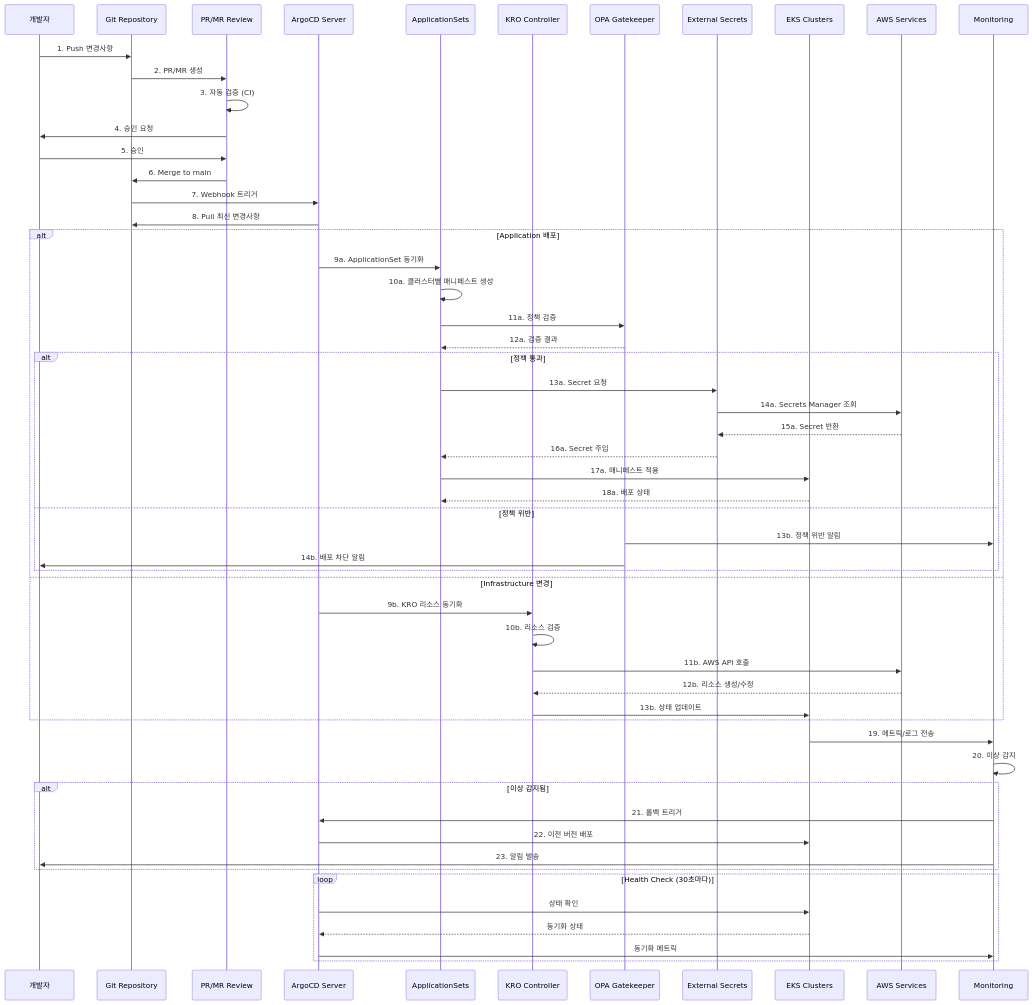
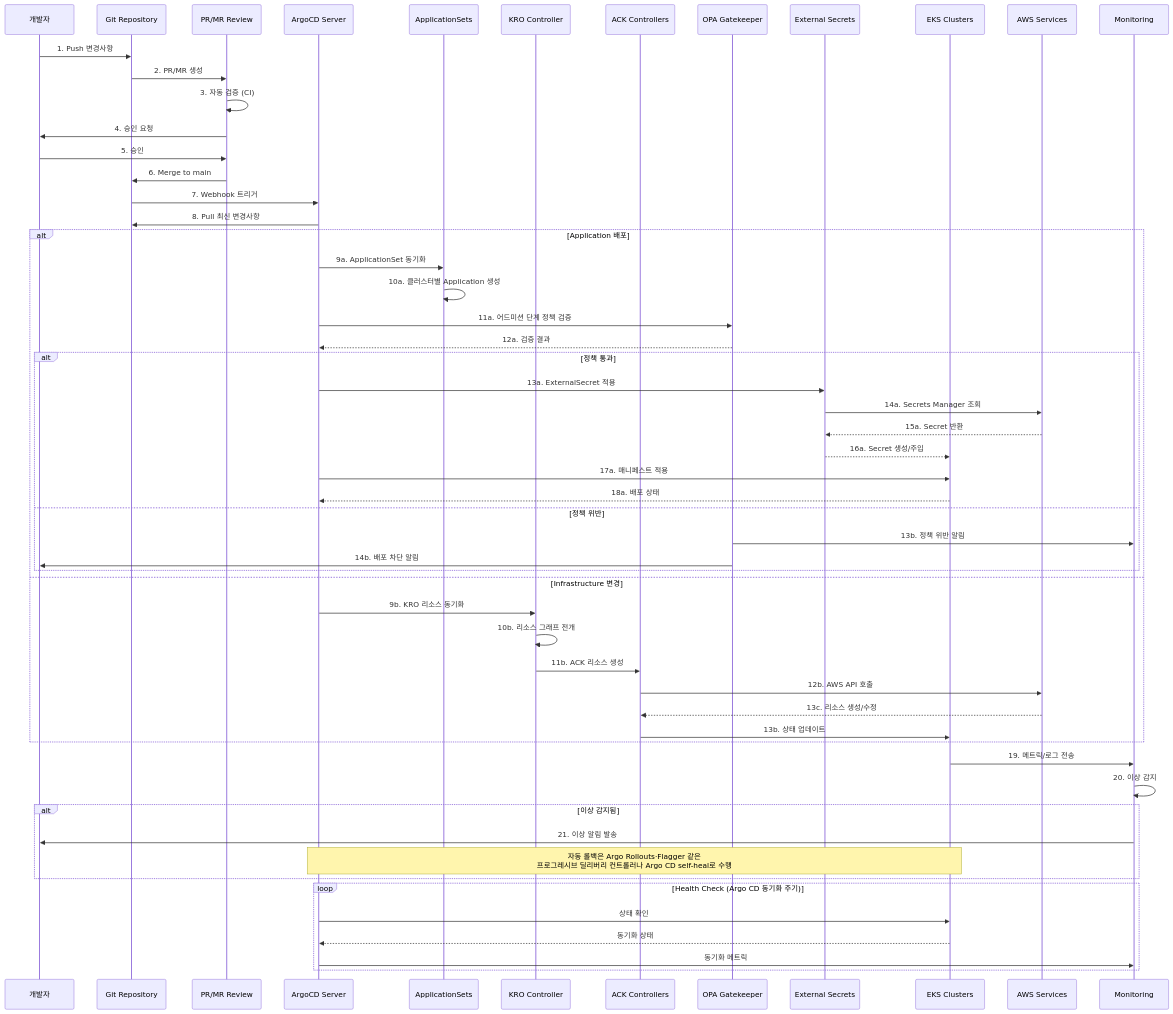
The diagram in i18n/ko/docusaurus-plugin-content-docs/current/eks-best-practices/operations-reliability/gitops-cluster-operation.md (devfloor9/engineering-playbook), drawn with Mermaid before and after one commit. The commit also changed other lines of this file and 6 other files, not shown here.

````diff
--- a/i18n/ko/docusaurus-plugin-content-docs/current/eks-best-practices/operations-reliability/gitops-cluster-operation.md
+++ b/i18n/ko/docusaurus-plugin-content-docs/current/eks-best-practices/operations-reliability/gitops-cluster-operation.md
@@ -100,63 +103,64 @@
 ```mermaid
 sequenceDiagram
     participant Dev as 개발자
     participant Git as Git Repository
     participant PR as PR/MR Review
     participant Argo as ArgoCD Server
     participant AS as ApplicationSets
     participant KRO as KRO Controller
+    participant ACK as ACK Controllers
     participant OPA as OPA Gatekeeper
     participant ESO as External Secrets
     participant EKS as EKS Clusters
     participant AWS as AWS Services
     participant Mon as Monitoring
 
     Dev->>Git: 1. Push 변경사항
     Git->>PR: 2. PR/MR 생성
     PR->>PR: 3. 자동 검증 (CI)
     PR->>Dev: 4. 승인 요청
     Dev->>PR: 5. 승인
     PR->>Git: 6. Merge to main
 
     Git->>Argo: 7. Webhook 트리거
     Argo->>Git: 8. Pull 최신 변경사항
 
     alt Application 배포
         Argo->>AS: 9a. ApplicationSet 동기화
-        AS->>AS: 10a. 클러스터별 매니페스트 생성
-        AS->>OPA: 11a. 정책 검증
-        OPA-->>AS: 12a. 검증 결과
+        AS->>AS: 10a. 클러스터별 Application 생성
+        Argo->>OPA: 11a. 어드미션 단계 정책 검증
+        OPA-->>Argo: 12a. 검증 결과
         alt 정책 통과
-            AS->>ESO: 13a. Secret 요청
+            Argo->>ESO: 13a. ExternalSecret 적용
             ESO->>AWS: 14a. Secrets Manager 조회
             AWS-->>ESO: 15a. Secret 반환
-            ESO-->>AS: 16a. Secret 주입
-            AS->>EKS: 17a. 매니페스트 적용
-            EKS-->>AS: 18a. 배포 상태
+            ESO-->>EKS: 16a. Secret 생성/주입
+            Argo->>EKS: 17a. 매니페스트 적용
+            EKS-->>Argo: 18a. 배포 상태
         else 정책 위반
             OPA->>Mon: 13b. 정책 위반 알림
             OPA->>Dev: 14b. 배포 차단 알림
         end
     else Infrastructure 변경
         Argo->>KRO: 9b. KRO 리소스 동기화
-        KRO->>KRO: 10b. 리소스 검증
-        KRO->>AWS: 11b. AWS API 호출
-        AWS-->>KRO: 12b. 리소스 생성/수정
-        KRO->>EKS: 13b. 상태 업데이트
+        KRO->>KRO: 10b. 리소스 그래프 전개
+        KRO->>ACK: 11b. ACK 리소스 생성
+        ACK->>AWS: 12b. AWS API 호출
+        AWS-->>ACK: 13c. 리소스 생성/수정
+        ACK->>EKS: 13b. 상태 업데이트
     end
 
     EKS->>Mon: 19. 메트릭/로그 전송
     Mon->>Mon: 20. 이상 감지
 
     alt 이상 감지됨
-        Mon->>Argo: 21. 롤백 트리거
-        Argo->>EKS: 22. 이전 버전 배포
-        Mon->>Dev: 23. 알림 발송
+        Mon->>Dev: 21. 이상 알림 발송
+        Note over Argo,EKS: 자동 롤백은 Argo Rollouts·Flagger 같은<br/>프로그레시브 딜리버리 컨트롤러나 Argo CD self-heal로 수행
     end
 
-    loop Health Check (30초마다)
+    loop Health Check (Argo CD 동기화 주기)
         Argo->>EKS: 상태 확인
         EKS-->>Argo: 동기화 상태
         Argo->>Mon: 동기화 메트릭
     end
 ```
````
